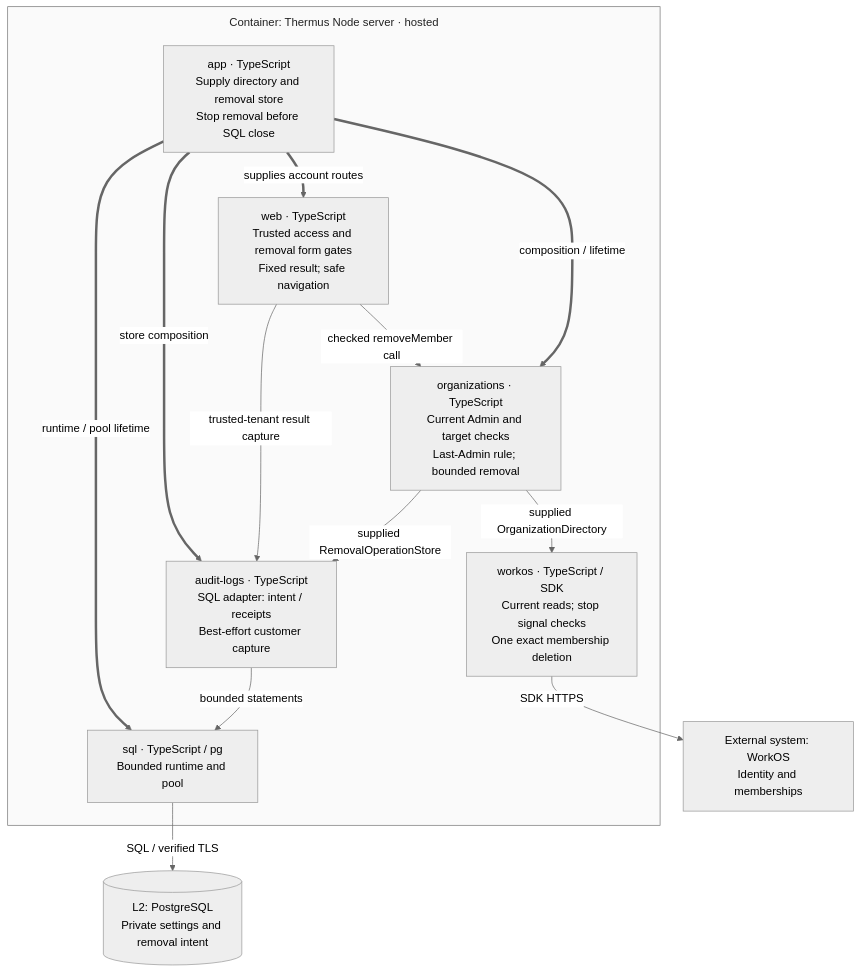
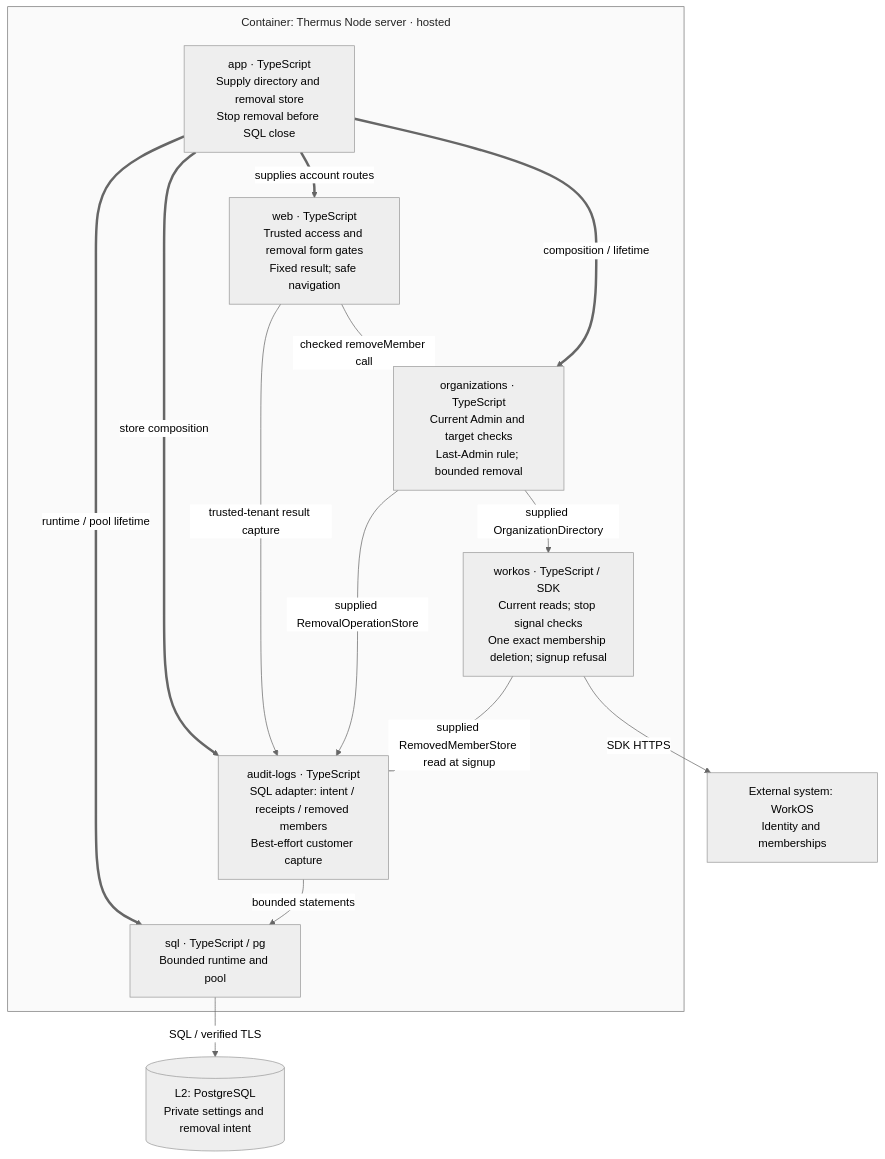
Before and after one commit to tomer-mayara/Thermus: the seventh of 24 diagrams in architecture/components.md, drawn with Mermaid (neutral theme). The commit also changed other lines of this file and 37 other files, not shown here.

````diff
--- a/architecture/components.md
+++ b/architecture/components.md
@@ -390,26 +395,27 @@
 ```mermaid
 %%{init: {"flowchart": {"wrappingWidth": 180, "nodeSpacing": 45, "rankSpacing": 40, "subGraphTitleMargin": {"top": 10, "bottom": 25}}}}%%
 flowchart TB
   subgraph removal_server["Container: Thermus Node server · hosted"]
     removal_web["web · TypeScript<br/>Trusted access and removal form gates<br/>Fixed result; safe navigation"]
     removal_app["app · TypeScript<br/>Supply directory and removal store<br/>Stop removal before SQL close"]
     removal_org["organizations · TypeScript<br/>Current Admin and target checks<br/>Last-Admin rule; bounded removal"]
-    removal_audit["audit-logs · TypeScript<br/>SQL adapter: intent / receipts<br/>Best-effort customer capture"]
+    removal_audit["audit-logs · TypeScript<br/>SQL adapter: intent / receipts / removed members<br/>Best-effort customer capture"]
     removal_sql["sql · TypeScript / pg<br/>Bounded runtime and pool"]
-    removal_workos["workos · TypeScript / SDK<br/>Current reads; stop signal checks<br/>One exact membership deletion"]
+    removal_workos["workos · TypeScript / SDK<br/>Current reads; stop signal checks<br/>One exact membership deletion; signup refusal"]
     removal_app ==>|supplies account routes| removal_web
     removal_web -->|checked removeMember call| removal_org
     removal_app ==>|composition / lifetime| removal_org
     removal_app ==>|store composition| removal_audit
     removal_app ==>|runtime / pool lifetime| removal_sql
     removal_web -->|trusted-tenant result capture| removal_audit
     removal_org -->|supplied RemovalOperationStore| removal_audit
     removal_audit -->|bounded statements| removal_sql
     removal_org -->|supplied OrganizationDirectory| removal_workos
+    removal_workos -->|supplied RemovedMemberStore read at signup| removal_audit
   end
   removal_db[("L2: PostgreSQL<br/>Private settings and removal intent")]
   removal_provider["External system: WorkOS<br/>Identity and memberships"]
   removal_sql -->|SQL / verified TLS| removal_db
   removal_workos -->|SDK HTTPS| removal_provider
   style removal_server fill:#fafafa,stroke:#777777,color:#222222
 ```
````
